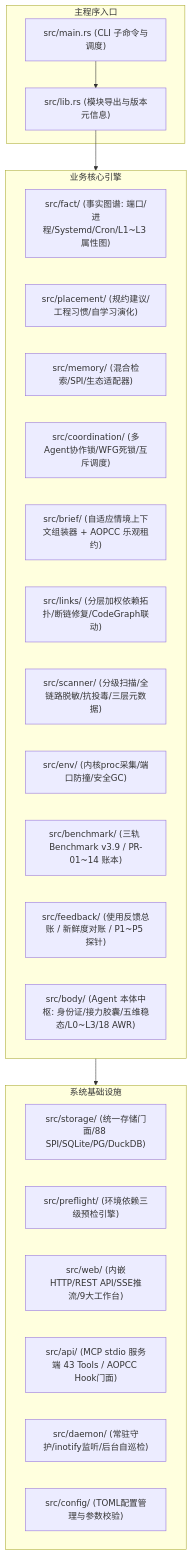
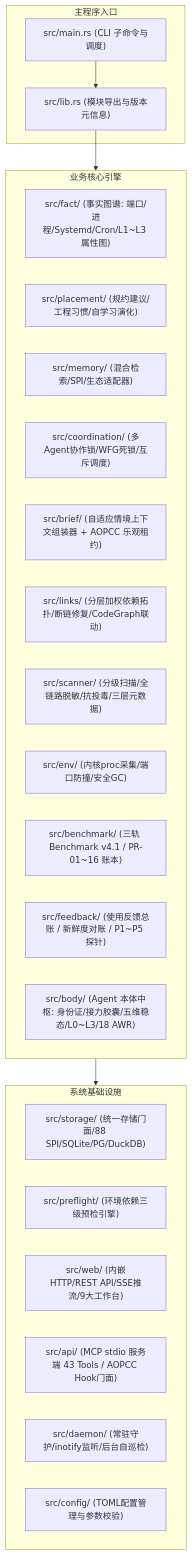
One commit to digoal/agent-body changed the first of 2 diagrams in docs/arch/02-for-developers.md. Above: the diagram before and after it, drawn with Mermaid. The commit also changed other lines of this file and 117 other files, not shown here.

````diff
--- a/docs/arch/02-for-developers.md
+++ b/docs/arch/02-for-developers.md
@@ -18,34 +18,34 @@
 ```mermaid
 graph TD
     subgraph MainApp["主程序入口"]
         M["src/main.rs (CLI 子命令与调度)"]
         L["src/lib.rs (模块导出与版本元信息)"]
     end
 
         subgraph CoreEngines["业务核心引擎"]
             FACT["src/fact/ (事实图谱: 端口/进程/Systemd/Cron/L1~L3 属性图)"]
             PLACE["src/placement/ (规约建议/工程习惯/自学习演化)"]
             MEM["src/memory/ (混合检索/SPI/生态适配器)"]
             COORD["src/coordination/ (多Agent协作锁/WFG死锁/互斥调度)"]
             BRIEF["src/brief/ (自适应情境上下文组装器 + AOPCC 乐观租约)"]
             LINKS["src/links/ (分层加权依赖拓扑/断链修复/CodeGraph联动)"]
             SCAN["src/scanner/ (分级扫描/全链路脱敏/抗投毒/三层元数据)"]
             ENV["src/env/ (内核proc采集/端口防撞/安全GC)"]
-            BENCH["src/benchmark/ (三轨 Benchmark v3.9 / PR-01~14 账本)"]
+            BENCH["src/benchmark/ (三轨 Benchmark v4.1 / PR-01~16 账本)"]
             FB["src/feedback/ (使用反馈总账 / 新鲜度对账 / P1~P5 探针)"]
             BODY["src/body/ (Agent 本体中枢: 身份证/接力胶囊/五维稳态/L0~L3/18 AWR)"]
         end
 
     subgraph Infrastructure["系统基础设施"]
         STORAGE["src/storage/ (统一存储门面/88 SPI/SQLite/PG/DuckDB)"]
         PRE["src/preflight/ (环境依赖三级预检引擎)"]
         WEB["src/web/ (内嵌HTTP/REST API/SSE推流/9大工作台)"]
         MCP["src/api/ (MCP stdio 服务端 43 Tools / AOPCC Hook门面)"]
         DAEMON["src/daemon/ (常驻守护/inotify监听/后台自巡检)"]
         CFG["src/config/ (TOML配置管理与参数校验)"]
     end
 
     M --> L
     L --> CoreEngines
     CoreEngines --> Infrastructure
 ```
````
